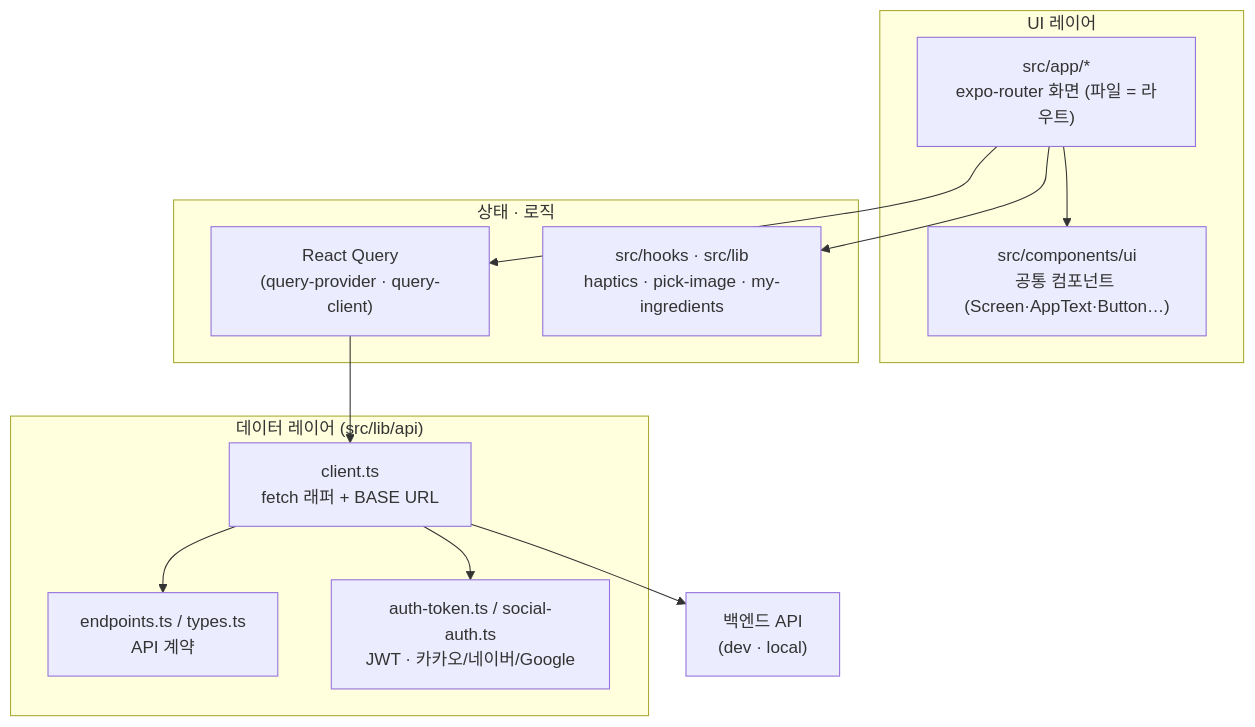
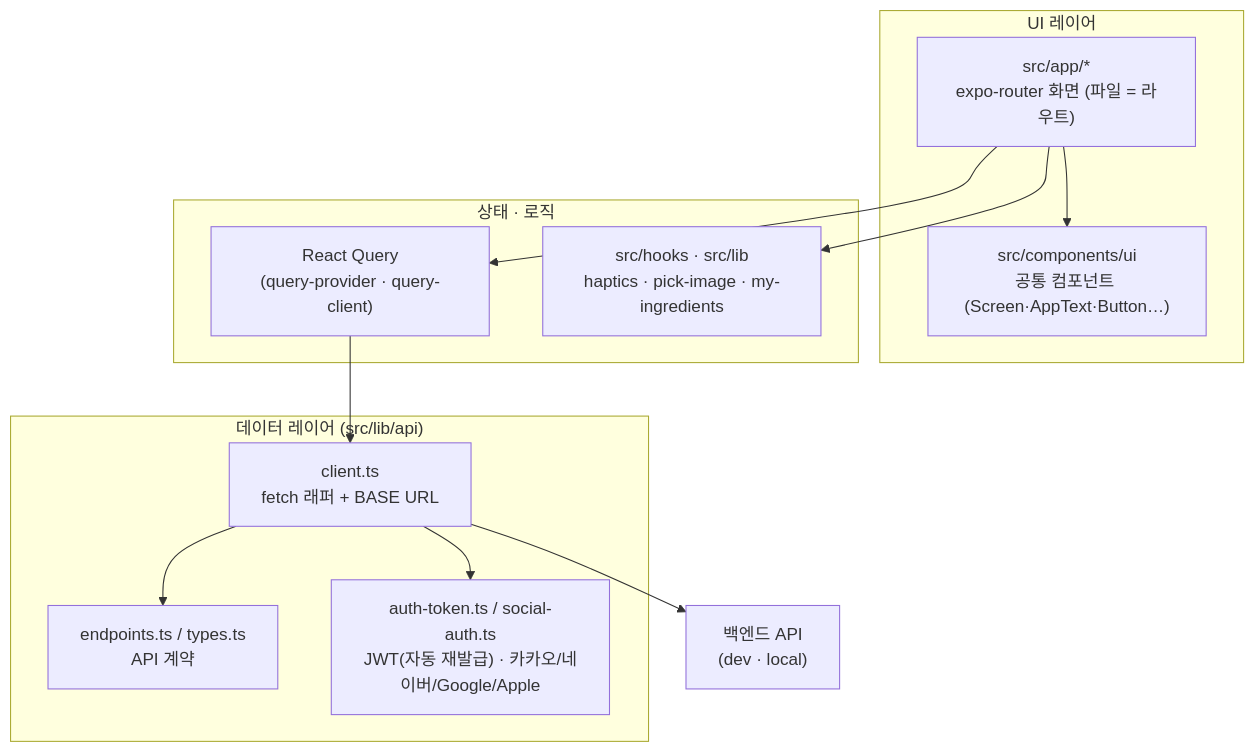
The second of 2 diagrams in README.md (swyp-app-6-team-2/frontend), drawn with Mermaid before and after one commit. The commit also changed other lines of this file, not shown here.

First line of the commit message:
docs: README에 애플 로그인·토큰 자동 재발급 반영

````diff
--- a/README.md
+++ b/README.md
@@ -97,25 +97,25 @@
 ```mermaid
 graph TD
   subgraph "UI 레이어"
     R["src/app/*<br/>expo-router 화면 (파일 = 라우트)"]
     C["src/components/ui<br/>공통 컴포넌트 (Screen·AppText·Button…)"]
   end
   subgraph "상태 · 로직"
     Q["React Query<br/>(query-provider · query-client)"]
     H["src/hooks · src/lib<br/>haptics · pick-image · my-ingredients"]
   end
   subgraph "데이터 레이어 (src/lib/api)"
     CL["client.ts<br/>fetch 래퍼 + BASE URL"]
     EP["endpoints.ts / types.ts<br/>API 계약"]
-    AT["auth-token.ts / social-auth.ts<br/>JWT · 카카오/네이버/Google"]
+    AT["auth-token.ts / social-auth.ts<br/>JWT(자동 재발급) · 카카오/네이버/Google/Apple"]
   end
   BE["백엔드 API<br/>(dev · local)"]
 
   R --> C
   R --> Q
   R --> H
   Q --> CL
   CL --> EP
   CL --> AT
   CL --> BE
 ```
````
